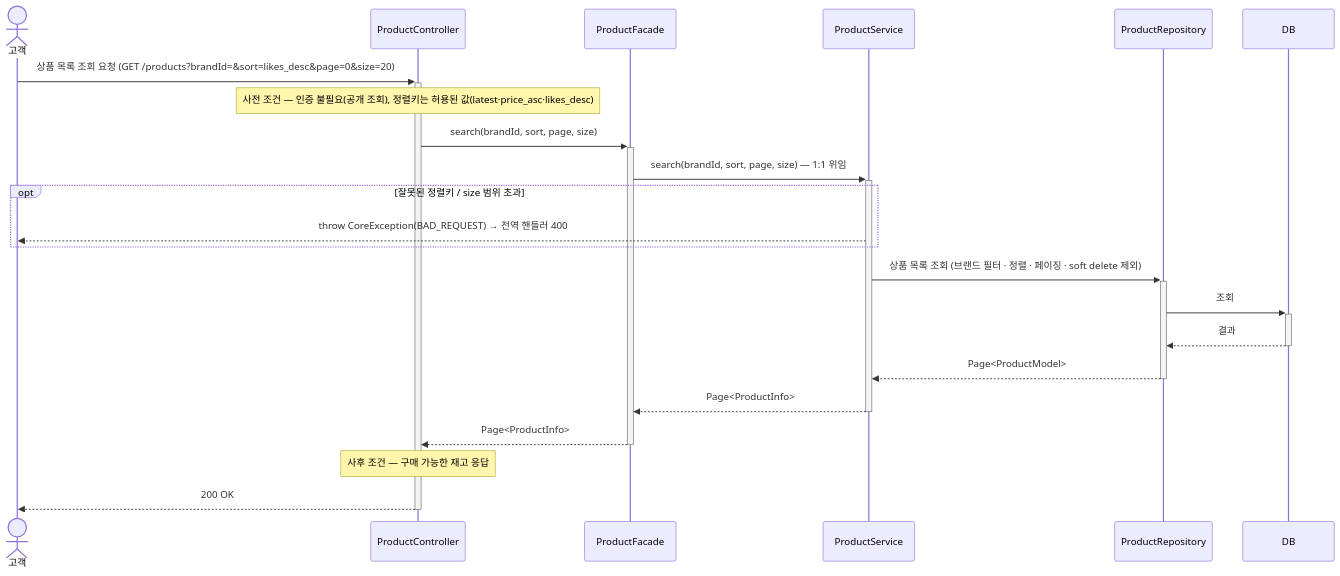
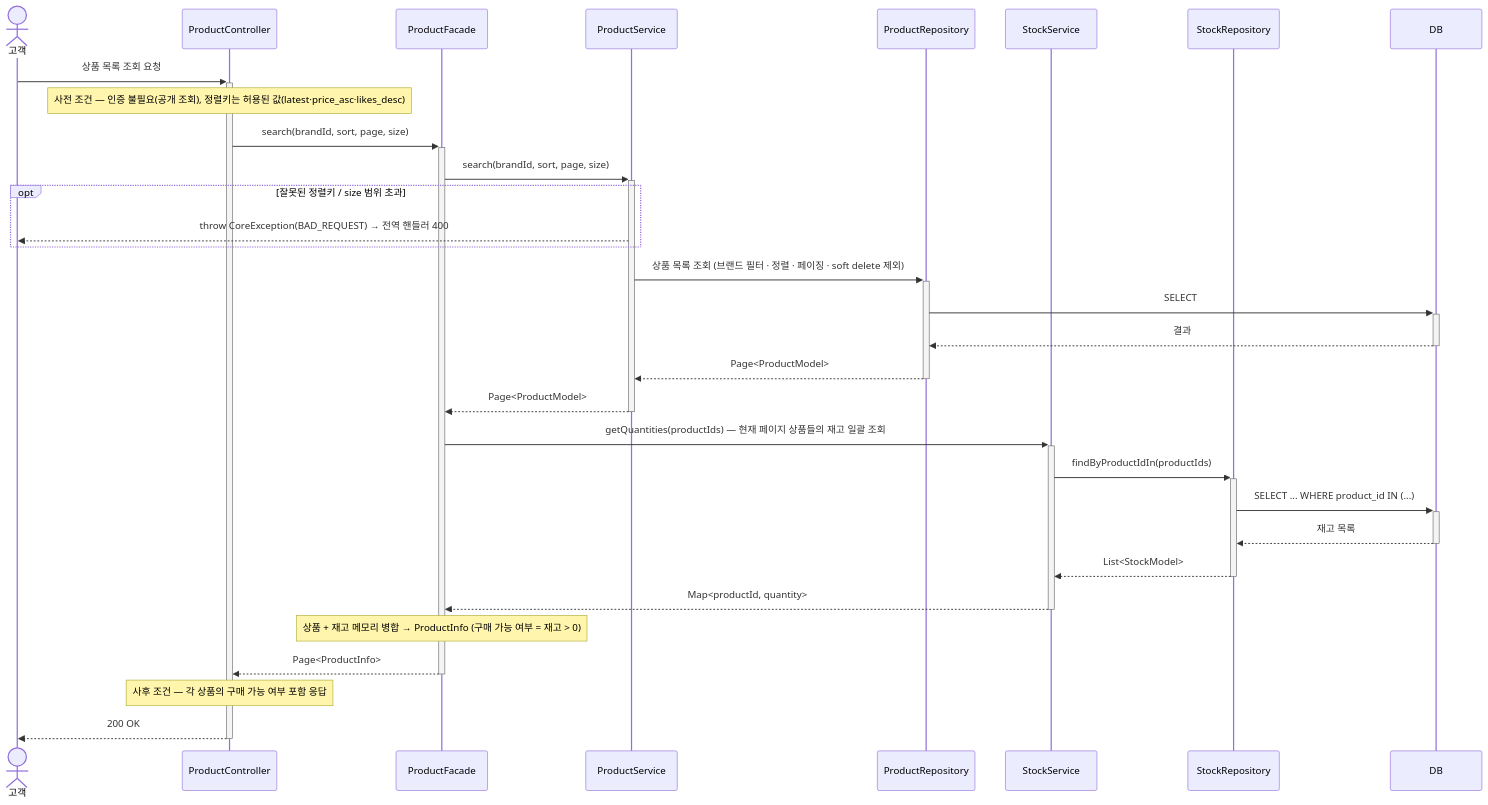
The first of 4 diagrams in .docs/design/02-sequence-diagrams.md (loopers-labs/loop-pack-be-l2-vol4-java), drawn with Mermaid before and after one commit. The commit also changed other lines of this file and 2 other files, not shown here.

Commit message:
docs: Round 2 설계 문서 정합성 정리
- D13/D14: 재고(Stock) soft delete cascade 대상에서 제외, 라이프사이클은 Product 종속 명시
- D17 추가: 상품 목록 구매 가능 여부를 Stock product_id IN 일괄 조회 + Facade 합성으로 산출
- ERD: STOCK deleted_at 미보유 의도 명시, PRODUCT_LIKE 복합 UNIQUE 표기, USERS 스키마 상세화
- 시퀀스: 상품 목록 조회에 Stock 조회 단계 펼침, 추상화 레벨 라벨 정합

````diff
--- a/.docs/design/02-sequence-diagrams.md
+++ b/.docs/design/02-sequence-diagrams.md
@@ -17,25 +16,37 @@
 ```mermaid
 sequenceDiagram
     actor C as 고객
     participant Ctl as ProductController
     participant F as ProductFacade
     participant PS as ProductService
     participant PR as ProductRepository
+    participant SS as StockService
+    participant SR as StockRepository
     participant DB as DB
 
-    C->>+Ctl: 상품 목록 조회 요청 (GET /products?brandId=&sort=likes_desc&page=0&size=20)
+    C->>+Ctl: 상품 목록 조회 요청
     Note over Ctl: 사전 조건 — 인증 불필요(공개 조회), 정렬키는 허용된 값(latest·price_asc·likes_desc)
     Ctl->>+F: search(brandId, sort, page, size)
-    F->>+PS: search(brandId, sort, page, size) — 1:1 위임
+
+    F->>+PS: search(brandId, sort, page, size)
     opt 잘못된 정렬키 / size 범위 초과
         PS-->>C: throw CoreException(BAD_REQUEST) → 전역 핸들러 400
     end
     PS->>+PR: 상품 목록 조회 (브랜드 필터 · 정렬 · 페이징 · soft delete 제외)
-    PR->>+DB: 조회
+    PR->>+DB: SELECT
     DB-->>-PR: 결과
     PR-->>-PS: Page<ProductModel>
-    PS-->>-F: Page<ProductInfo>
+    PS-->>-F: Page<ProductModel>
+
+    F->>+SS: getQuantities(productIds) — 현재 페이지 상품들의 재고 일괄 조회
+    SS->>+SR: findByProductIdIn(productIds)
+    SR->>+DB: SELECT ... WHERE product_id IN (...)
+    DB-->>-SR: 재고 목록
+    SR-->>-SS: List<StockModel>
+    SS-->>-F: Map<productId, quantity>
+
+    Note over F: 상품 + 재고 메모리 병합 → ProductInfo (구매 가능 여부 = 재고 > 0)
     F-->>-Ctl: Page<ProductInfo>
-    Note over Ctl: 사후 조건 — 구매 가능한 재고 응답
+    Note over Ctl: 사후 조건 — 각 상품의 구매 가능 여부 포함 응답
     Ctl-->>-C: 200 OK
 ```
````
